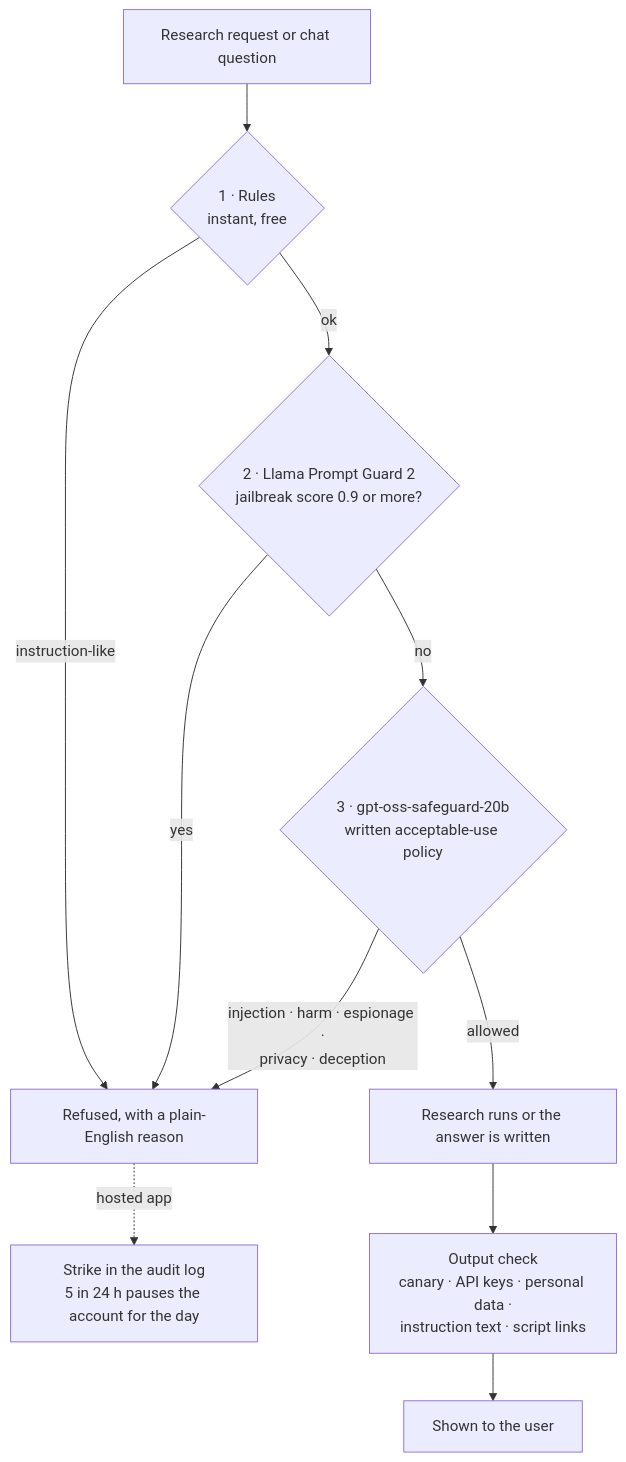
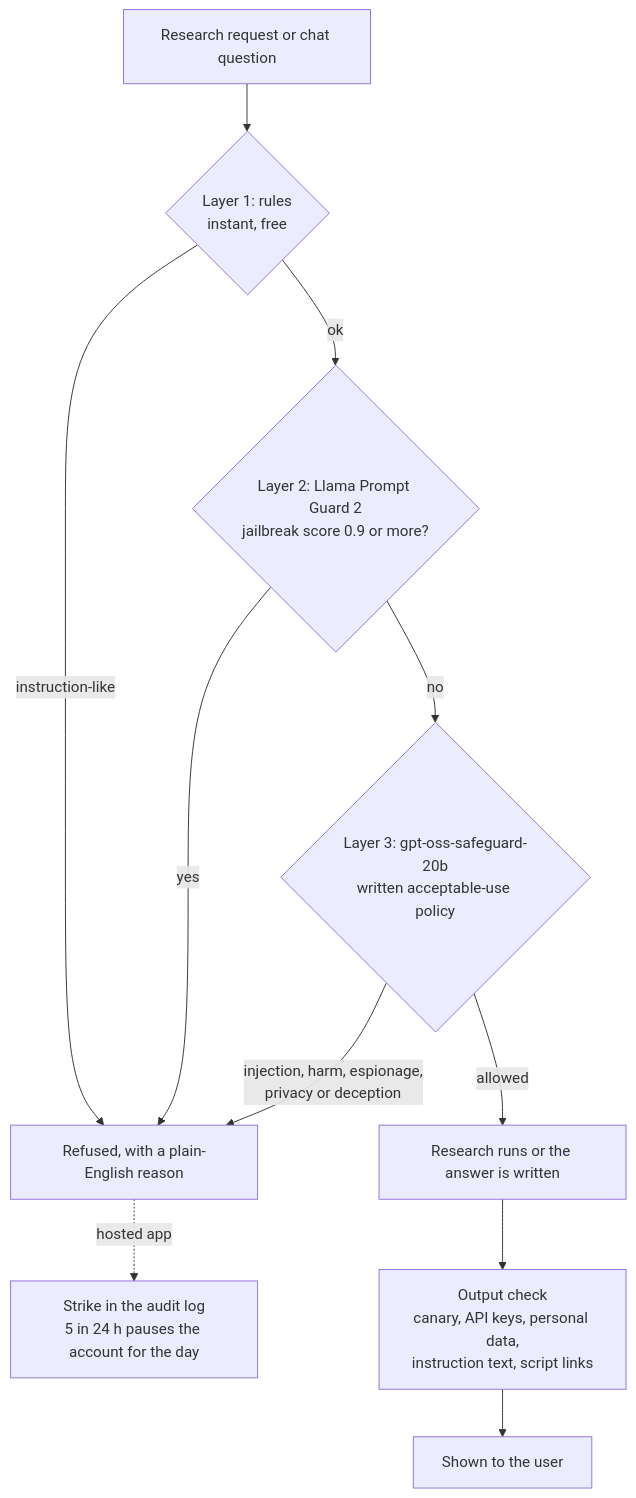
The fifth of 9 diagrams in docs/HOW_IT_WORKS.md (LakshayJ17/resurge), drawn with Mermaid before and after one commit. The commit also changed other lines of this file and 65 other files, not shown here.

````diff
--- a/docs/HOW_IT_WORKS.md
+++ b/docs/HOW_IT_WORKS.md
@@ -213,13 +213,13 @@
 ```mermaid
 flowchart TD
-  IN["Research request or chat question"] --> L1{"1 · Rules<br/>instant, free"}
+  IN["Research request or chat question"] --> L1{"Layer 1: rules<br/>instant, free"}
   L1 -- "instruction-like" --> NO["Refused, with a plain-English reason"]
-  L1 -- ok --> L2{"2 · Llama Prompt Guard 2<br/>jailbreak score 0.9 or more?"}
+  L1 -- ok --> L2{"Layer 2: Llama Prompt Guard 2<br/>jailbreak score 0.9 or more?"}
   L2 -- yes --> NO
-  L2 -- no --> L3{"3 · gpt-oss-safeguard-20b<br/>written acceptable-use policy"}
-  L3 -- "injection · harm · espionage ·<br/>privacy · deception" --> NO
+  L2 -- no --> L3{"Layer 3: gpt-oss-safeguard-20b<br/>written acceptable-use policy"}
+  L3 -- "injection, harm, espionage,<br/>privacy or deception" --> NO
   L3 -- allowed --> YES["Research runs or the answer is written"]
-  YES --> OUTC["Output check<br/>canary · API keys · personal data ·<br/>instruction text · script links"]
+  YES --> OUTC["Output check<br/>canary, API keys, personal data,<br/>instruction text, script links"]
   OUTC --> SAFE["Shown to the user"]
   NO -. "hosted app" .-> STRIKE["Strike in the audit log<br/>5 in 24 h pauses the account for the day"]
 ```
````
